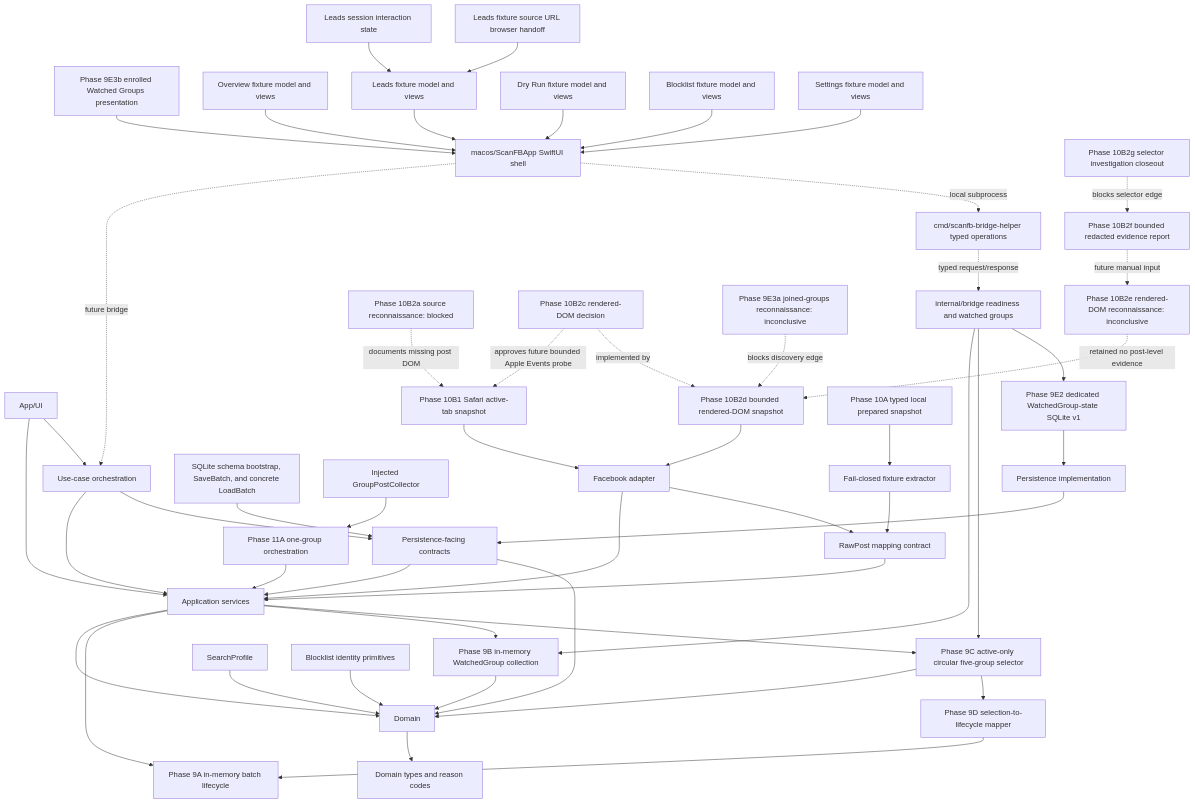
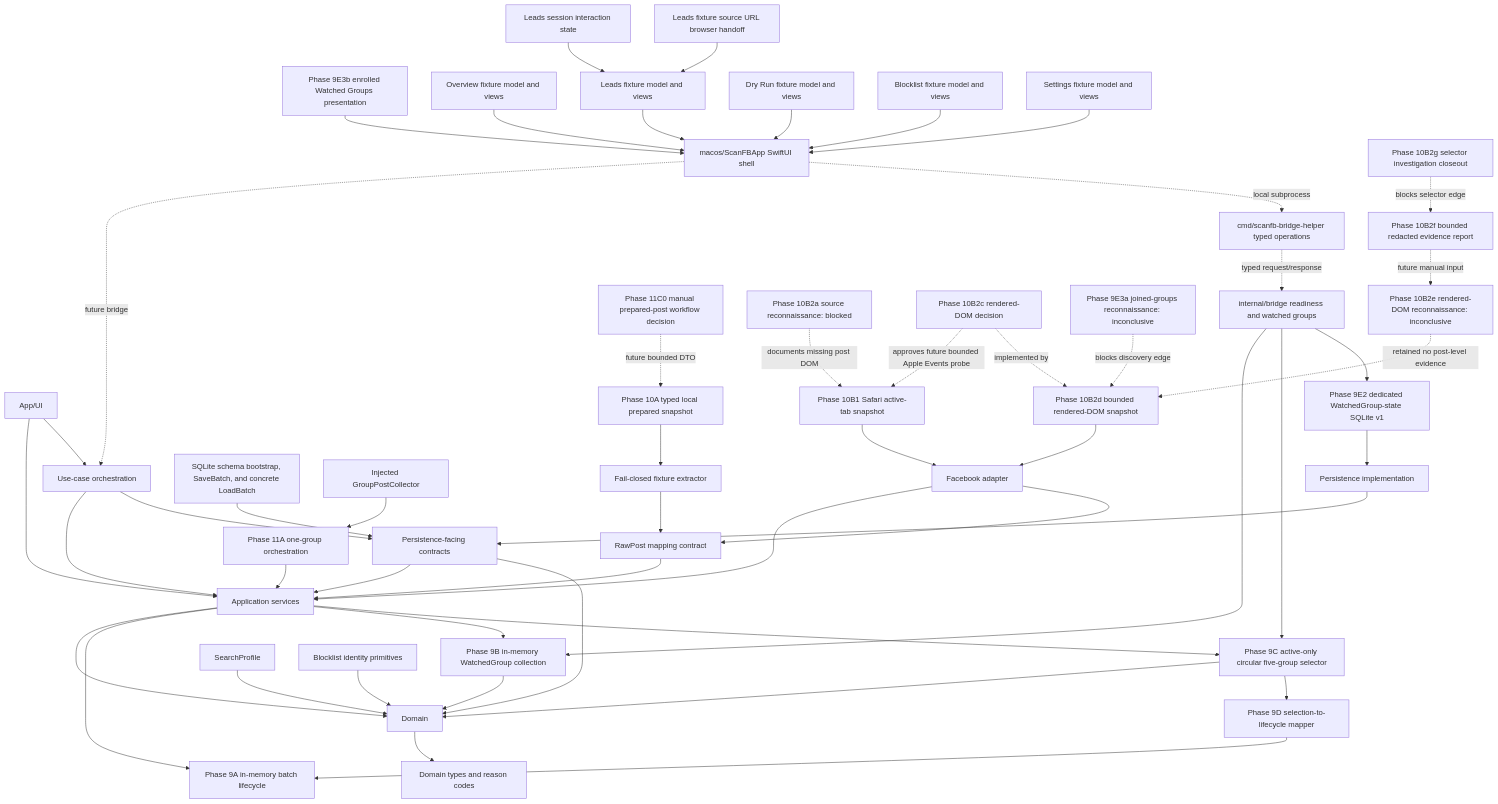
One commit to soleda2026/ScanFB changed the diagram in docs/CODE_GRAPH.md. Above: the diagram before and after it, drawn with Mermaid. The commit also changed other lines of this file and 7 other files, not shown here.

Commit message:
docs(scan): define manual prepared-post MVP input

````diff
--- a/docs/CODE_GRAPH.md
+++ b/docs/CODE_GRAPH.md
@@ -7,54 +7,55 @@
 ```mermaid
 flowchart TD
     UI["App/UI"] --> APP["Application services"]
     UI --> ORCH["Use-case orchestration"]
     ORCH --> APP
     ORCH --> PERSIST_CONTRACT
     APP --> DOMAIN["Domain"]
     PERSIST_CONTRACT["Persistence-facing contracts"] --> APP
     PERSIST_CONTRACT --> DOMAIN
     PERSIST_IMPL["Persistence implementation"] --> PERSIST_CONTRACT
     SQLITE["SQLite schema bootstrap, SaveBatch, and concrete LoadBatch"] --> PERSIST_CONTRACT
     WATCHED_STATE["Phase 9E2 dedicated WatchedGroup-state SQLite v1"] --> PERSIST_IMPL
     MACOS_APP["macos/ScanFBApp SwiftUI shell"] -.future bridge.-> ORCH
     BRIDGE_HELPER["cmd/scanfb-bridge-helper typed operations"] -.typed request/response.-> BRIDGE_CORE
     BRIDGE_CORE["internal/bridge readiness and watched groups"]
     MACOS_APP -.local subprocess.-> BRIDGE_HELPER
     GROUPS_UI["Phase 9E3b enrolled Watched Groups presentation"] --> MACOS_APP
     ONE_GROUP_SCAN["Phase 11A one-group orchestration"] --> APP
     INJECTED_COLLECTOR["Injected GroupPostCollector"] --> ONE_GROUP_SCAN
+    MANUAL_INPUT_DECISION["Phase 11C0 manual prepared-post workflow decision"] -.future bounded DTO.-> PREPARED_PAGE
     OVERVIEW_FIXTURE["Overview fixture model and views"] --> MACOS_APP
     LEADS_FIXTURE["Leads fixture model and views"] --> MACOS_APP
     LEADS_INTERACTION_STATE["Leads session interaction state"] --> LEADS_FIXTURE
     LEADS_BROWSER_HANDOFF["Leads fixture source URL browser handoff"] --> LEADS_FIXTURE
     DRYRUN_FIXTURE["Dry Run fixture model and views"] --> MACOS_APP
     BLOCKLIST_FIXTURE["Blocklist fixture model and views"] --> MACOS_APP
     SETTINGS_FIXTURE["Settings fixture model and views"] --> MACOS_APP
     FB["Facebook adapter"] --> APP
     FB --> RAW["RawPost mapping contract"]
     SAFARI_ACTIVE_TAB["Phase 10B1 Safari active-tab snapshot"] --> FB
     DOM_RECON["Phase 10B2a source reconnaissance: blocked"] -.documents missing post DOM.-> SAFARI_ACTIVE_TAB
     RENDERED_DOM_DECISION["Phase 10B2c rendered-DOM decision"] -.approves future bounded Apple Events probe.-> SAFARI_ACTIVE_TAB
     RENDERED_DOM["Phase 10B2d bounded rendered-DOM snapshot"] --> FB
     RENDERED_DOM_DECISION -.implemented by.-> RENDERED_DOM
     JOINED_GROUP_RECON["Phase 9E3a joined-groups reconnaissance: inconclusive"] -.blocks discovery edge.-> RENDERED_DOM
     RENDERED_DOM_RECON["Phase 10B2e rendered-DOM reconnaissance: inconclusive"] -.retained no post-level evidence.-> RENDERED_DOM
     REDACTED_RECON_REPORT["Phase 10B2f bounded redacted evidence report"] -.future manual input.-> RENDERED_DOM_RECON
     RENDERED_DOM_CLOSEOUT["Phase 10B2g selector investigation closeout"] -.blocks selector edge.-> REDACTED_RECON_REPORT
     PREPARED_PAGE["Phase 10A typed local prepared snapshot"] --> PREPARED_EXTRACTOR["Fail-closed fixture extractor"]
     PREPARED_EXTRACTOR --> RAW
     RAW --> APP
     APP --> LIFECYCLE["Phase 9A in-memory batch lifecycle"]
     APP --> WATCHED_GROUPS["Phase 9B in-memory WatchedGroup collection"]
     WATCHED_GROUPS --> DOMAIN
     APP --> GROUP_SELECTOR["Phase 9C active-only circular five-group selector"]
     GROUP_SELECTOR --> DOMAIN
     BRIDGE_CORE --> WATCHED_GROUPS
     BRIDGE_CORE --> GROUP_SELECTOR
     BRIDGE_CORE --> WATCHED_STATE
     GROUP_SELECTOR --> LIFECYCLE_MAPPER["Phase 9D selection-to-lifecycle mapper"]
     LIFECYCLE_MAPPER --> LIFECYCLE
     PROFILE["SearchProfile"] --> DOMAIN
     DOMAIN --> TYPES["Domain types and reason codes"]
     BLOCKLIST["Blocklist identity primitives"] --> DOMAIN
 ```
````
